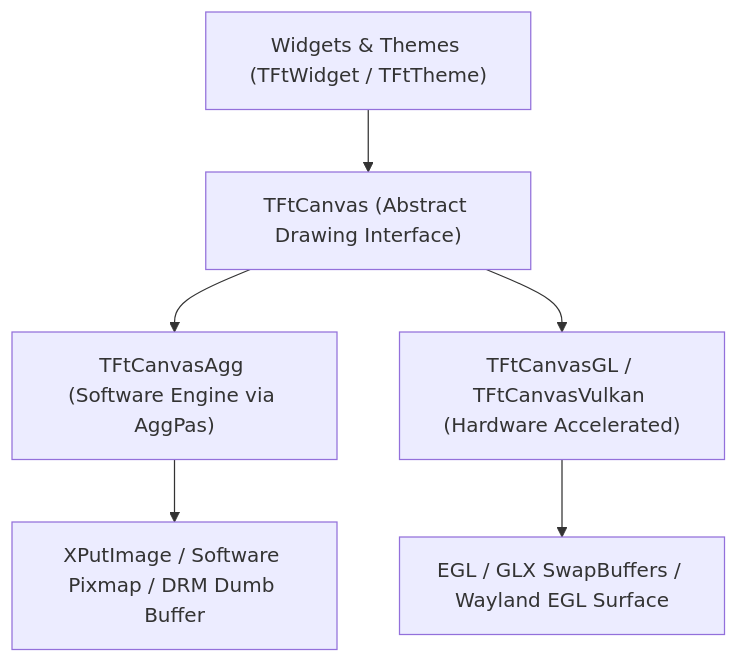
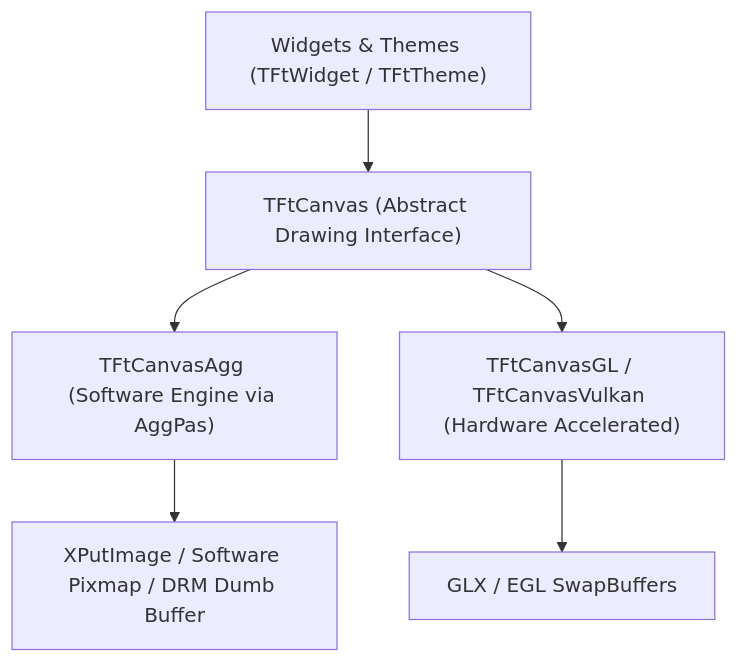
One commit to kiranaproject/ft changed the diagram in ROADMAP.md. Above: the diagram before and after it, drawn with Mermaid. The commit also changed other lines of this file and 1 other file, not shown here.

Commit message:
docs(roadmap): remove Wayland and focus roadmap on X11 Desktop Environment and Window Manager infrastructure

````diff
--- a/ROADMAP.md
+++ b/ROADMAP.md
@@ -13,8 +15,8 @@
 ```mermaid
 flowchart TD
     Widget["Widgets & Themes (TFtWidget / TFtTheme)"] --> Canvas["TFtCanvas (Abstract Drawing Interface)"]
     Canvas --> Agg["TFtCanvasAgg (Software Engine via AggPas)"]
     Canvas --> GPU["TFtCanvasGL / TFtCanvasVulkan (Hardware Accelerated)"]
     Agg --> CPUOut["XPutImage / Software Pixmap / DRM Dumb Buffer"]
-    GPU --> GPUOut["EGL / GLX SwapBuffers / Wayland EGL Surface"]
+    GPU --> GPUOut["GLX / EGL SwapBuffers"]
 ```
````
